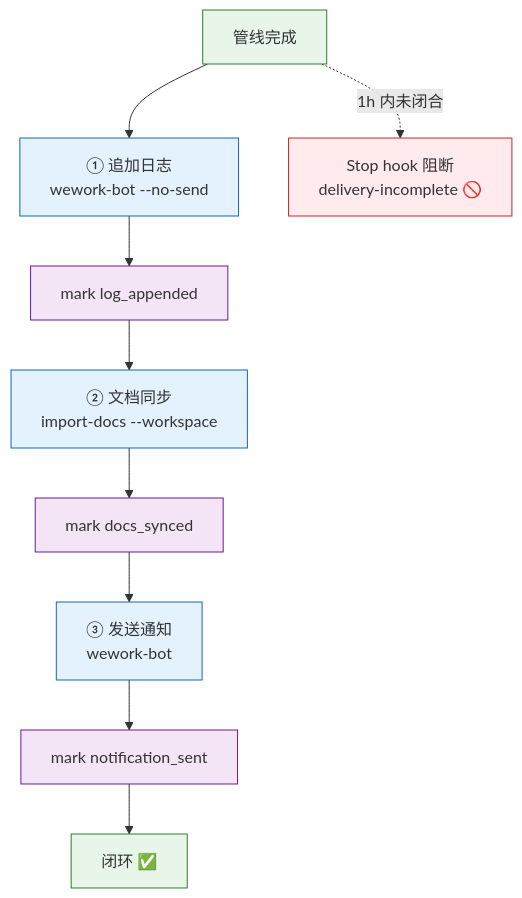
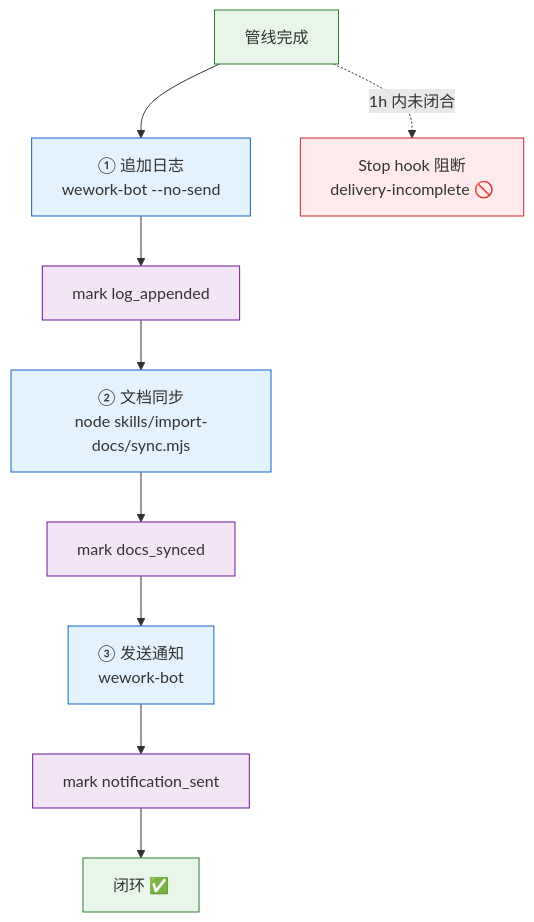
One commit to effiy/YrY changed the first of 10 diagrams in rules/delivery-gate.md. Above: the diagram before and after it, drawn with Mermaid. The commit also changed other lines of this file and 13 other files, not shown here.

````diff
--- a/rules/delivery-gate.md
+++ b/rules/delivery-gate.md
@@ -29,18 +29,18 @@
 ```mermaid
 flowchart TB
     DONE["管线完成"]:::src --> S1["① 追加日志<br/>wework-bot --no-send"]:::step
     S1 --> M1["mark log_appended"]:::mark
-    M1 --> S2["② 文档同步<br/>import-docs --workspace"]:::step
+    M1 --> S2["② 文档同步<br/>node skills/import-docs/sync.mjs"]:::step
     S2 --> M2["mark docs_synced"]:::mark
     M2 --> S3["③ 发送通知<br/>wework-bot"]:::step
     S3 --> M3["mark notification_sent"]:::mark
     M3 --> CLOSED["闭环 ✅"]:::done
 
     DONE -.->|"1h 内未闭合"| STOP["Stop hook 阻断<br/>delivery-incomplete 🚫"]:::block
 
     classDef src fill:#e8f5e9,stroke:#2e7d32;
     classDef step fill:#e3f2fd,stroke:#1565c0;
     classDef mark fill:#f3e5f5,stroke:#6a1b9a;
     classDef done fill:#e8f5e9,stroke:#2e7d32;
     classDef block fill:#ffebee,stroke:#c62828;
 ```
````
